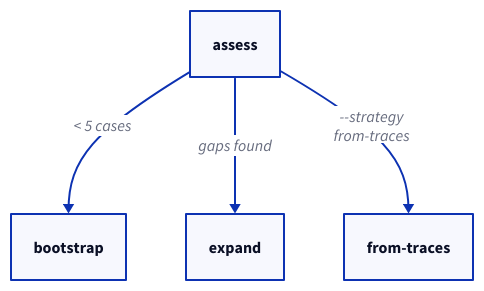
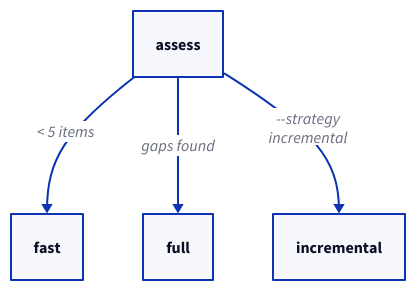
Diagram 12 of 19 in skills/skill-diagram/prompts/d2-conventions.md (astefanutti/diagram-skills), drawn with D2 before and after one commit. The commit also changed other lines of this file and 3 other files, not shown here.

````diff
--- a/skills/skill-diagram/prompts/d2-conventions.md
+++ b/skills/skill-diagram/prompts/d2-conventions.md
@@ -238,5 +238,5 @@
 ```d2
-assess -> bootstrap: "< 5 cases"
-assess -> expand: "gaps found"
-assess -> from-traces: "--strategy\nfrom-traces"
+assess -> fast: "< 5 items"
+assess -> full: "gaps found"
+assess -> incremental: "--strategy\nincremental"
 ```
````
